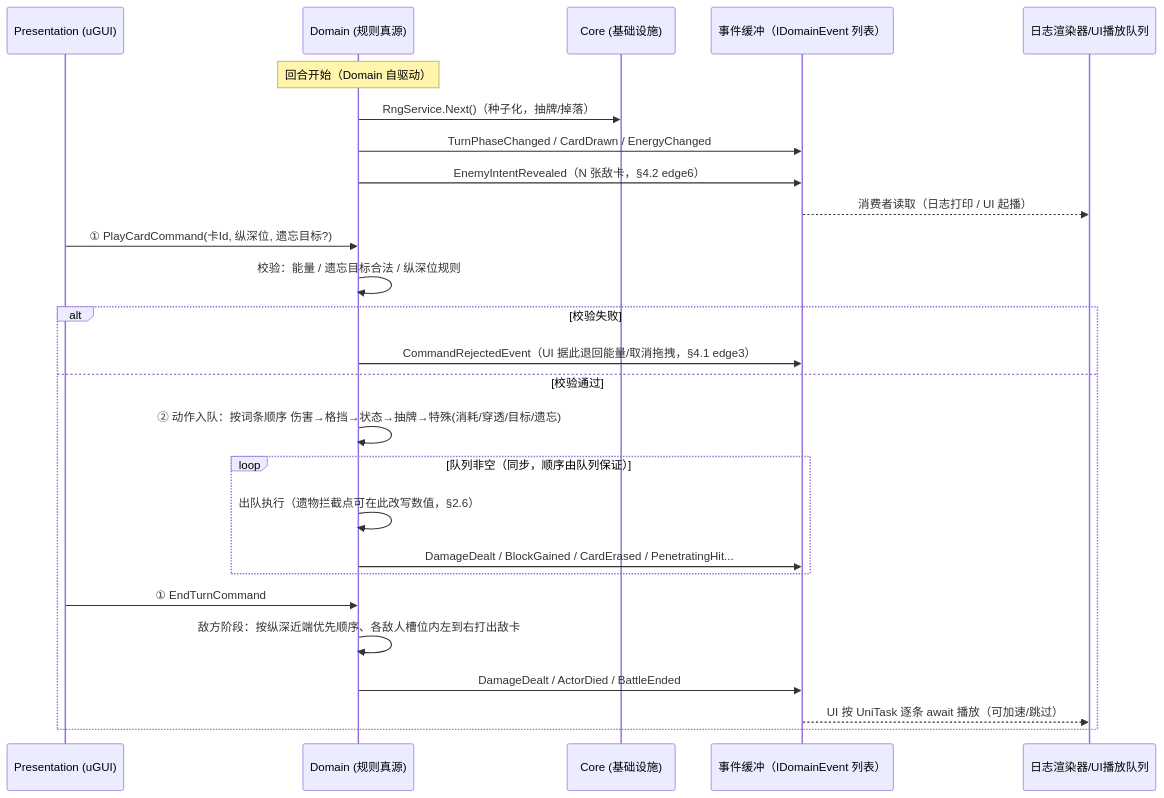
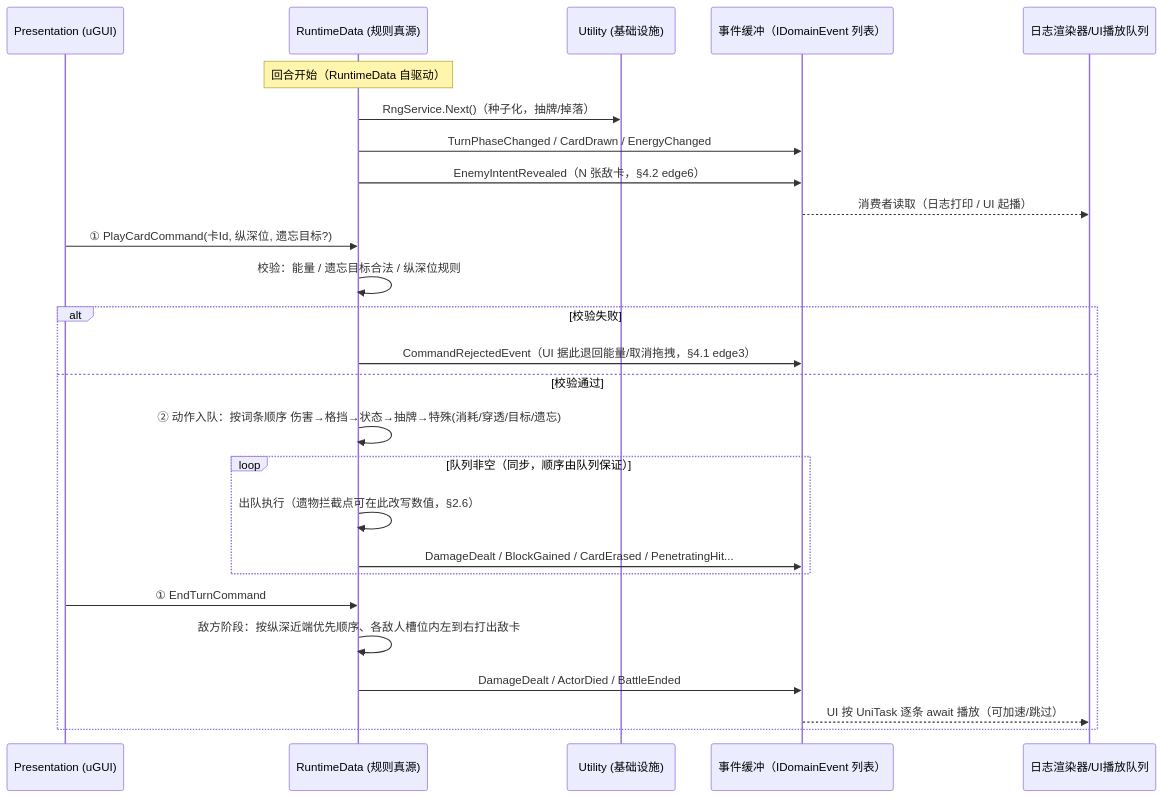
One commit to mzyqzmd/DreamKeep changed the second of 3 diagrams in Docs/04-项目实现顺序与系统解耦设计.md. Above: the diagram before and after it, drawn with Mermaid. The commit also changed other lines of this file and 287 other files, not shown here.

````diff
--- a/Docs/04-项目实现顺序与系统解耦设计.md
+++ b/Docs/04-项目实现顺序与系统解耦设计.md
@@ -238,30 +279,30 @@
 ```mermaid
 sequenceDiagram
     participant U as Presentation (uGUI)
-    participant D as Domain (规则真源)
-    participant C as Core (基础设施)
+    participant D as RuntimeData (规则真源)
+    participant C as Utility (基础设施)
     participant B as 事件缓冲（IDomainEvent 列表）
     participant R as 日志渲染器/UI播放队列
 
-    Note over D: 回合开始（Domain 自驱动）
+    Note over D: 回合开始（RuntimeData 自驱动）
     D->>C: RngService.Next()（种子化，抽牌/掉落）
     D->>B: TurnPhaseChanged / CardDrawn / EnergyChanged
     D->>B: EnemyIntentRevealed（N 张敌卡，§4.2 edge6）
     B-->>R: 消费者读取（日志打印 / UI 起播）
 
     U->>D: ① PlayCardCommand(卡Id, 纵深位, 遗忘目标?)
     D->>D: 校验：能量 / 遗忘目标合法 / 纵深位规则
     alt 校验失败
         D->>B: CommandRejectedEvent（UI 据此退回能量/取消拖拽，§4.1 edge3）
     else 校验通过
         D->>D: ② 动作入队：按词条顺序 伤害→格挡→状态→抽牌→特殊(消耗/穿透/目标/遗忘)
         loop 队列非空（同步，顺序由队列保证）
             D->>D: 出队执行（遗物拦截点可在此改写数值，§2.6）
             D->>B: DamageDealt / BlockGained / CardErased / PenetratingHit...
         end
         U->>D: ① EndTurnCommand
         D->>D: 敌方阶段：按纵深近端优先顺序、各敌人槽位内左到右打出敌卡
         D->>B: DamageDealt / ActorDied / BattleEnded
         B-->>R: UI 按 UniTask 逐条 await 播放（可加速/跳过）
     end
 ```
````
